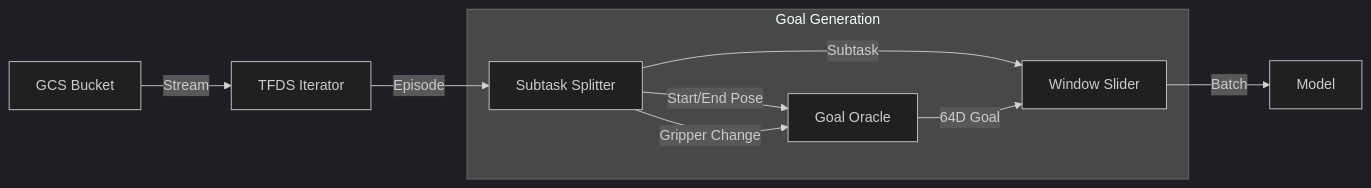
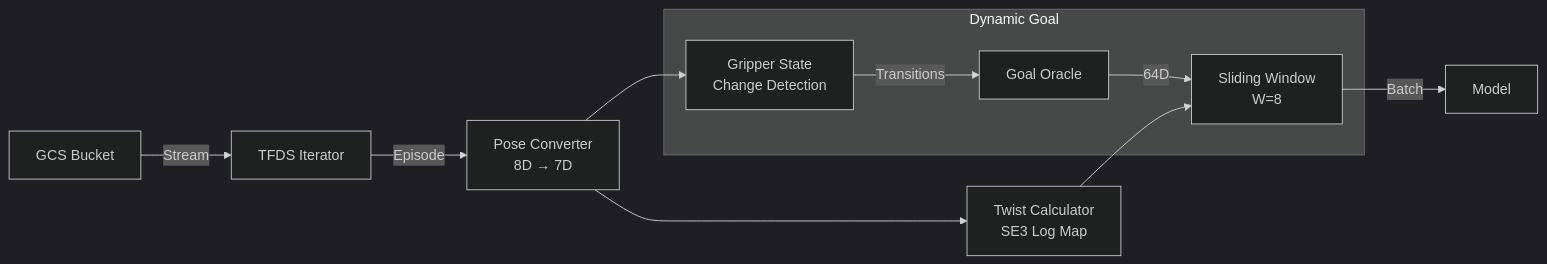
The diagram in docs/data_pipeline.md (Thoooomas14/Axis), drawn with Mermaid (dark theme) before and after one commit. The commit also changed other lines of this file and 28 other files, not shown here.

````diff
--- a/docs/data_pipeline.md
+++ b/docs/data_pipeline.md
@@ -40,14 +94,15 @@
 ```mermaid
 graph LR
     GCS[GCS Bucket] -->|Stream| TFDS[TFDS Iterator]
-    TFDS -->|Episode| Split[Subtask Splitter]
-    Split -->|Subtask| Window[Window Slider]
+    TFDS -->|Episode| Conv[Pose Converter<br/>8D → 7D]
+    Conv --> Twist[Twist Calculator<br/>SE3 Log Map]
+    Conv --> GS[Gripper State<br/>Change Detection]
     
-    subgraph Goal Generation
-        Split -->|Start/End Pose| Oracle[Goal Oracle]
-        Split -->|Gripper Change| Oracle
-        Oracle -->|64D Goal| Window
+    subgraph Dynamic Goal
+        GS -->|Transitions| Oracle[Goal Oracle]
+        Oracle -->|64D| Window
     end
     
+    Twist --> Window[Sliding Window<br/>W=8]
     Window -->|Batch| Model
 ```
````
